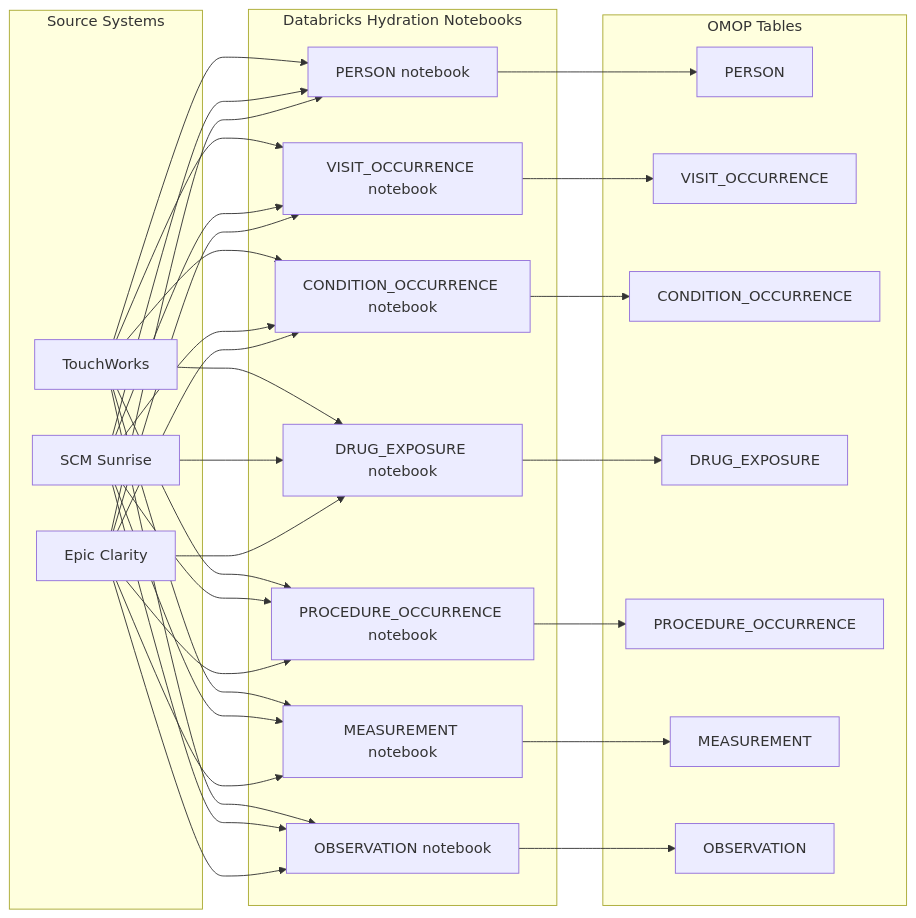
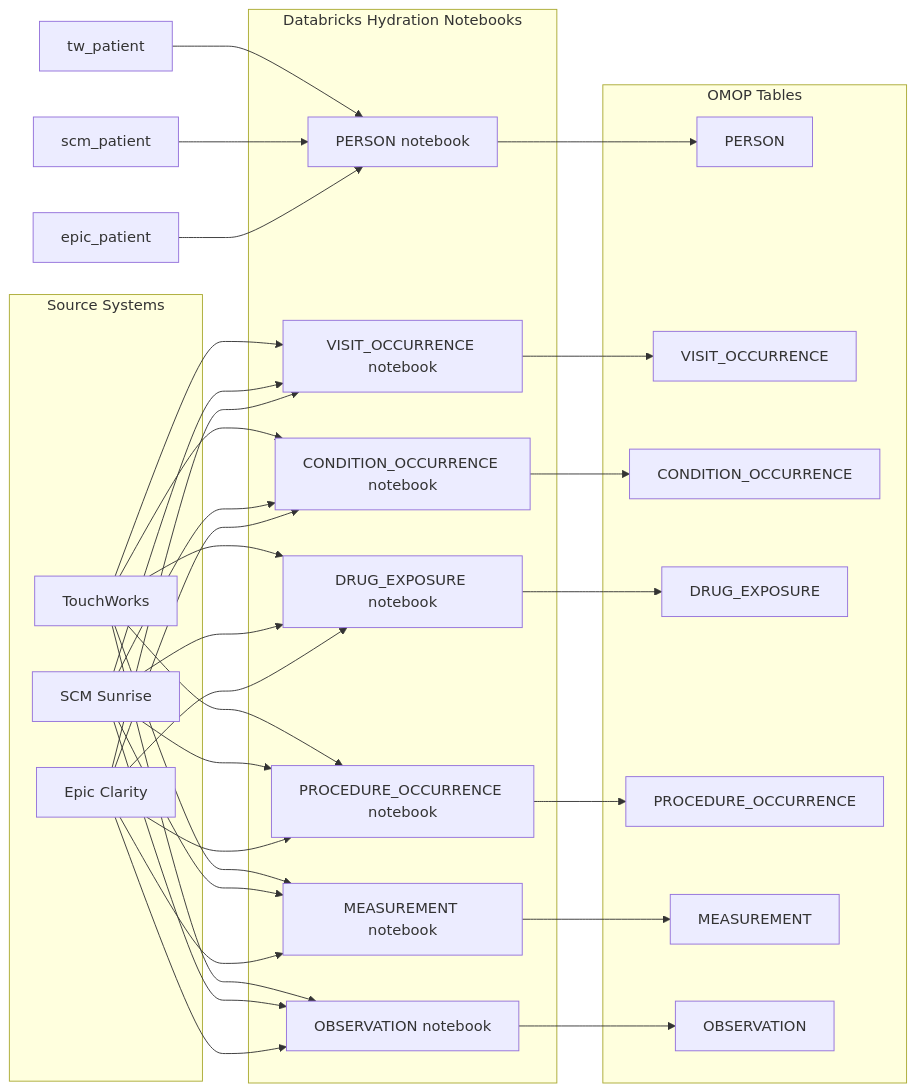
The first of 11 diagrams in docs/omop_architecture_erd_with_sources.md (janyaibe/omop-accelerator), drawn with Mermaid before and after one commit.

````diff
--- a/docs/omop_architecture_erd_with_sources.md
+++ b/docs/omop_architecture_erd_with_sources.md
@@ -9,64 +9,64 @@
 ```mermaid
 flowchart LR
 
     subgraph SOURCES[Source Systems]
         TW[TouchWorks]
         SCM[SCM Sunrise]
         EPIC[Epic Clarity]
     end
 
     subgraph DBX[Databricks Hydration Notebooks]
         nb_person[PERSON notebook]
         nb_visit[VISIT_OCCURRENCE notebook]
         nb_condition[CONDITION_OCCURRENCE notebook]
         nb_drug[DRUG_EXPOSURE notebook]
         nb_proc[PROCEDURE_OCCURRENCE notebook]
         nb_meas[MEASUREMENT notebook]
         nb_obs[OBSERVATION notebook]
     end
 
     subgraph OMOP[OMOP Tables]
         PERSON
         VISIT_OCCURRENCE
         CONDITION_OCCURRENCE
         DRUG_EXPOSURE
         PROCEDURE_OCCURRENCE
         MEASUREMENT
         OBSERVATION
     end
 
-    TW --> nb_person
-    SCM --> nb_person
-    EPIC --> nb_person
+    tw_patient --> nb_person
+    scm_patient --> nb_person
+    epic_patient --> nb_person
     nb_person --> PERSON
 
     TW --> nb_visit
     SCM --> nb_visit
     EPIC --> nb_visit
     nb_visit --> VISIT_OCCURRENCE
 
     TW --> nb_condition
     SCM --> nb_condition
     EPIC --> nb_condition
     nb_condition --> CONDITION_OCCURRENCE
 
     TW --> nb_drug
     SCM --> nb_drug
     EPIC --> nb_drug
     nb_drug --> DRUG_EXPOSURE
 
     TW --> nb_proc
     SCM --> nb_proc
     EPIC --> nb_proc
     nb_proc --> PROCEDURE_OCCURRENCE
 
     TW --> nb_meas
     SCM --> nb_meas
     EPIC --> nb_meas
     nb_meas --> MEASUREMENT
 
     TW --> nb_obs
     SCM --> nb_obs
     EPIC --> nb_obs
     nb_obs --> OBSERVATION
 ```
````
